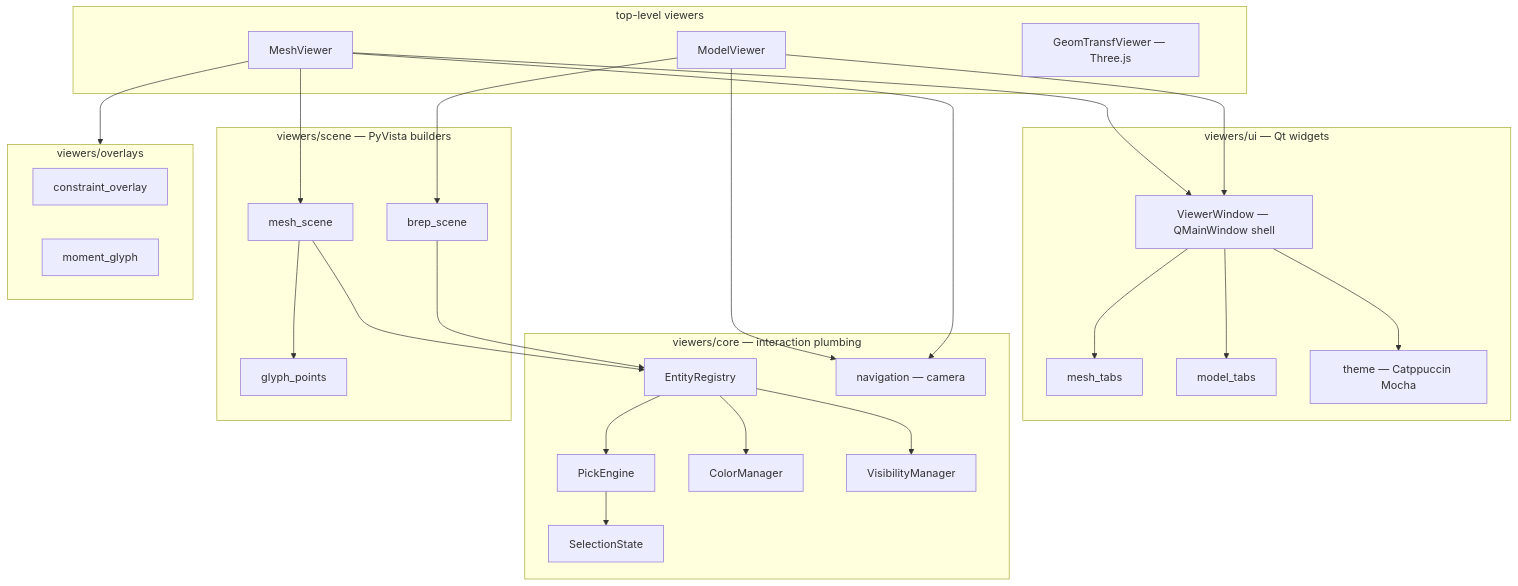
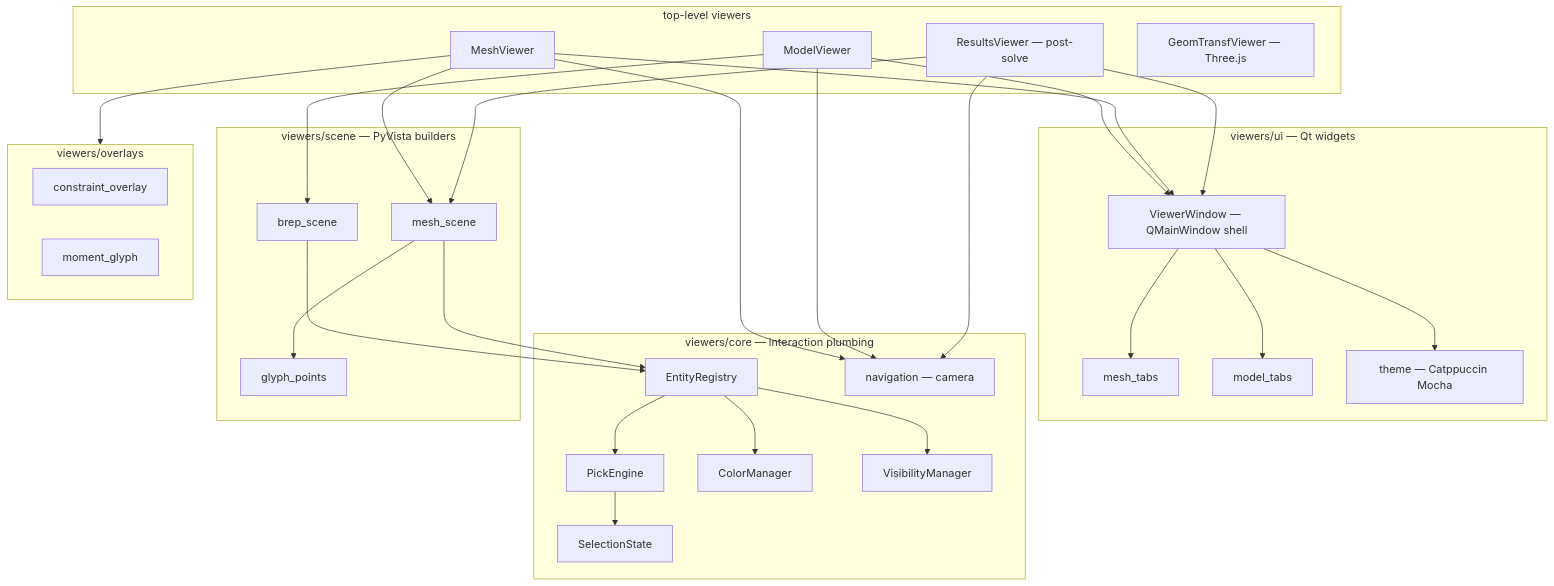
Before and after one commit to nmorabowen/apeGmsh: the diagram in architecture/apeGmsh_visualization.md, drawn with Mermaid. The commit also changed other lines of this file and 50 other files, not shown here.

````diff
--- a/architecture/apeGmsh_visualization.md
+++ b/architecture/apeGmsh_visualization.md
@@ -173,53 +178,57 @@
 ```mermaid
 flowchart TD
     subgraph UI [viewers/ui — Qt widgets]
         W[ViewerWindow — QMainWindow shell]
         T1[mesh_tabs]
         T2[model_tabs]
         TH[theme — Catppuccin Mocha]
     end
 
     subgraph CORE [viewers/core — interaction plumbing]
         ER[EntityRegistry]
         PE[PickEngine]
         SS[SelectionState]
         CM[ColorManager]
         VM[VisibilityManager]
         NV[navigation — camera]
     end
 
     subgraph SCENE [viewers/scene — PyVista builders]
         BS[brep_scene]
         MS[mesh_scene]
         GP[glyph_points]
     end
 
     subgraph OV [viewers/overlays]
         CO[constraint_overlay]
         MG[moment_glyph]
     end
 
     subgraph VIEWERS [top-level viewers]
         MV[ModelViewer]
         MsV[MeshViewer]
+        RV[ResultsViewer — post-solve]
         GTV[GeomTransfViewer — Three.js]
     end
 
     MV --> W
     MsV --> W
+    RV --> W
     W --> T1
     W --> T2
     W --> TH
     MV --> BS
     MsV --> MS
     MsV --> OV
+    RV --> MS
     BS --> ER
     MS --> ER
     MS --> GP
     ER --> PE
     ER --> CM
     ER --> VM
     PE --> SS
     MsV --> NV
     MV --> NV
+    RV --> NV
 ```
````
